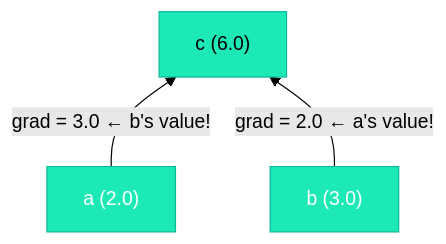
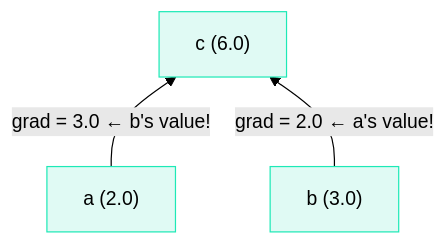
Before and after one commit to iamkhalid2/microgpt-course: the second of 3 diagrams in docs/02-calculus-and-autograd/02-the-value-class.md, drawn with Mermaid (forest theme). The commit also changed other lines of this file and 21 other files, not shown here.

Commit message:
Fix Mermaid: remove hardcoded text color (theme-adaptive), add mobile scrolling, fix \\n to br

````diff
--- a/docs/02-calculus-and-autograd/02-the-value-class.md
+++ b/docs/02-calculus-and-autograd/02-the-value-class.md
@@ -97,9 +97,9 @@
     ```mermaid
     flowchart BT
         A["a (2.0)"] -- "grad = 3.0 ← b's value!" --> C["c (6.0)"]
         B["b (3.0)"] -- "grad = 2.0 ← a's value!" --> C
 
-        style C fill:#1de9b6,stroke:#0db99a,color:#000
-        style A fill:#1de9b6,stroke:#0db99a,color:#fff
-        style B fill:#1de9b6,stroke:#0db99a,color:#fff
+        style C fill:#e0faf4,stroke:#1de9b6
+        style A fill:#e0faf4,stroke:#1de9b6
+        style B fill:#e0faf4,stroke:#1de9b6
     ```
````
